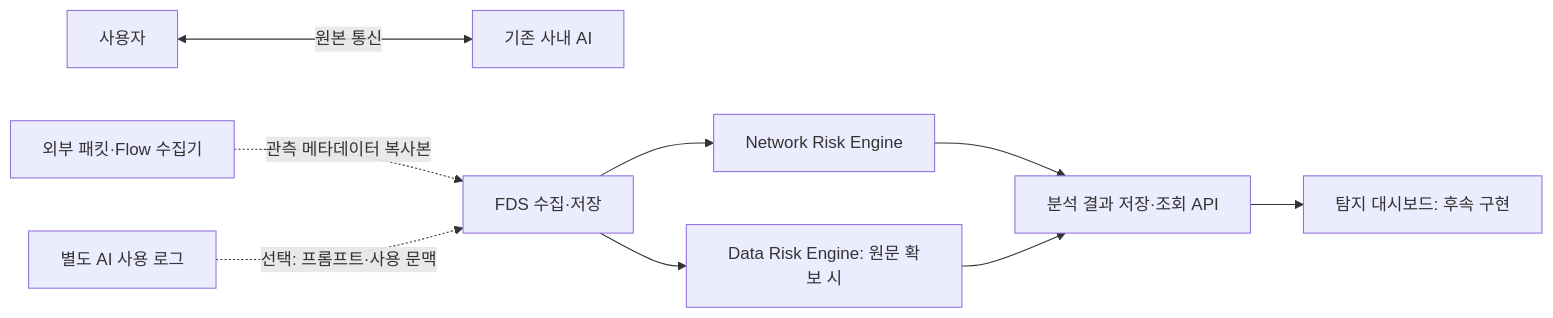
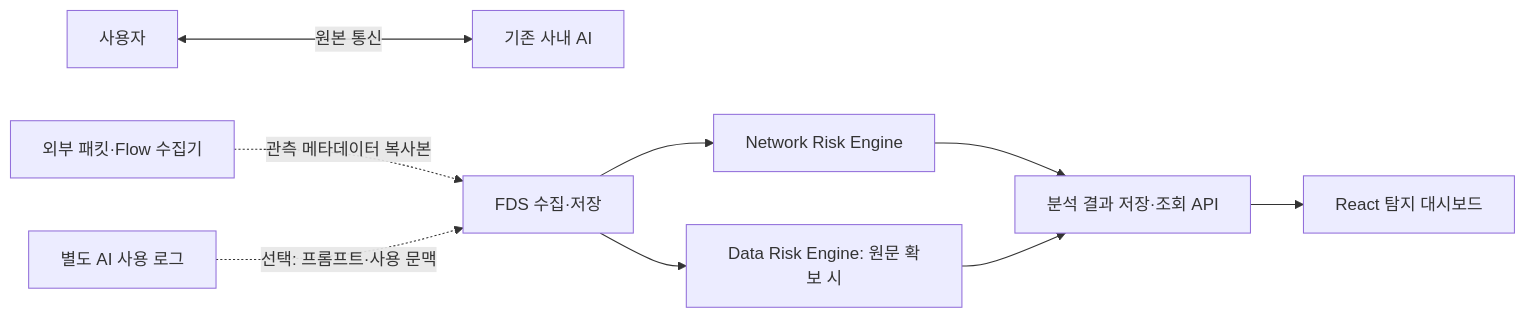
One commit to abnormalnetwork4/AI-FDS-service changed the diagram in backend/README.md. Above: the diagram before and after it, drawn with Mermaid. The commit also changed other lines of this file and 4 other files, not shown here.

````diff
--- a/backend/README.md
+++ b/backend/README.md
@@ -5,11 +5,11 @@
 ```mermaid
 flowchart LR
     U[사용자] <-->|원본 통신| AI[기존 사내 AI]
     C[외부 패킷·Flow 수집기] -.->|관측 메타데이터 복사본| F[FDS 수집·저장]
     L[별도 AI 사용 로그] -.->|선택: 프롬프트·사용 문맥| F
     F --> N[Network Risk Engine]
     F --> D[Data Risk Engine: 원문 확보 시]
     N --> R[분석 결과 저장·조회 API]
     D --> R
-    R --> UI[탐지 대시보드: 후속 구현]
+    R --> UI[React 탐지 대시보드]
 ```
````
